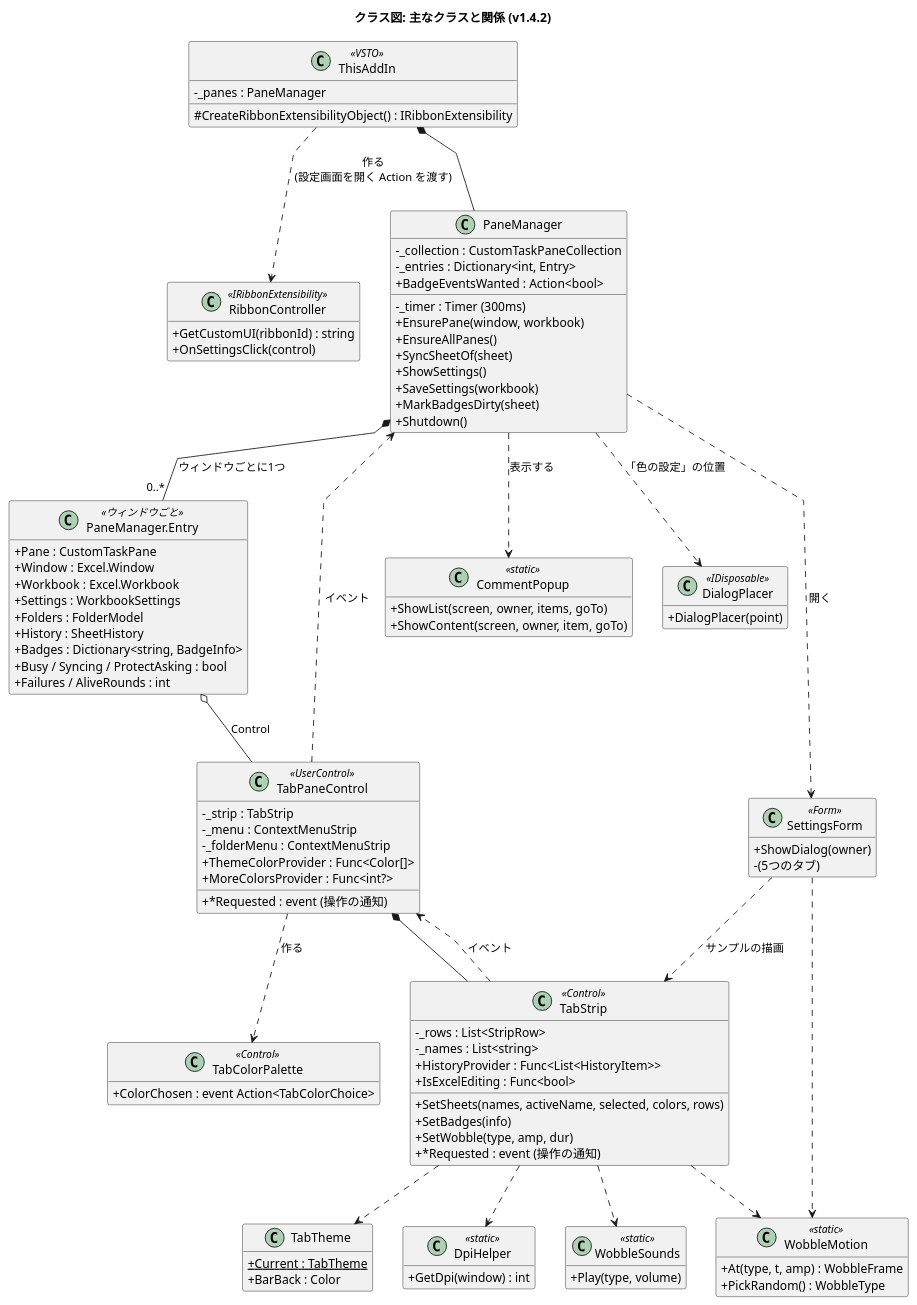
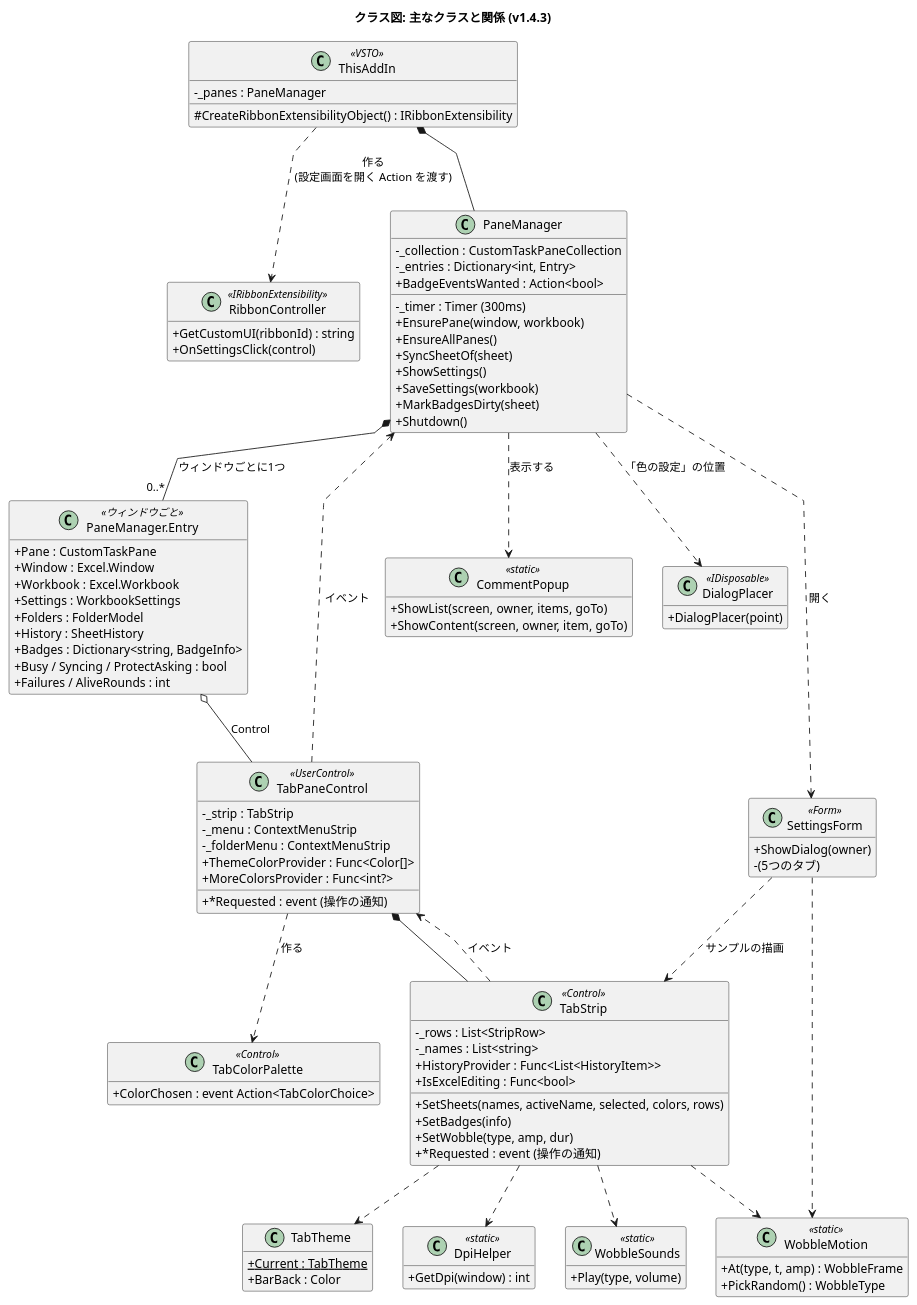
The diagram in docs/class-structure.puml (nk-taka623/VerticalSheetTabs), drawn with PlantUML before and after one commit. The commit also changed 14 other files, not shown here.

Commit message:
v1.4.3 にする (バージョン、README の変更点、設計図の版数)

```diff
--- a/docs/class-structure.puml
+++ b/docs/class-structure.puml
@@ -1,117 +1,117 @@
 @startuml
-title クラス図: 主なクラスと関係 (v1.4.2)
+title クラス図: 主なクラスと関係 (v1.4.3)
 skinparam shadowing false
 skinparam classAttributeIconSize 0
 skinparam linetype polyline
 hide empty members
 
 class ThisAddIn <<VSTO>> {
   -_panes : PaneManager
   #CreateRibbonExtensibilityObject() : IRibbonExtensibility
 }
 
 class RibbonController <<IRibbonExtensibility>> {
   +GetCustomUI(ribbonId) : string
   +OnSettingsClick(control)
 }
 
 class PaneManager {
   -_collection : CustomTaskPaneCollection
   -_entries : Dictionary<int, Entry>
   -_timer : Timer (300ms)
   +BadgeEventsWanted : Action<bool>
   +EnsurePane(window, workbook)
   +EnsureAllPanes()
   +SyncSheetOf(sheet)
   +ShowSettings()
   +SaveSettings(workbook)
   +MarkBadgesDirty(sheet)
   +Shutdown()
 }
 
 class "PaneManager.Entry" as Entry <<ウィンドウごと>> {
   +Pane : CustomTaskPane
   +Window : Excel.Window
   +Workbook : Excel.Workbook
   +Settings : WorkbookSettings
   +Folders : FolderModel
   +History : SheetHistory
   +Badges : Dictionary<string, BadgeInfo>
   +Busy / Syncing / ProtectAsking : bool
   +Failures / AliveRounds : int
 }
 
 class TabPaneControl <<UserControl>> {
   -_strip : TabStrip
   -_menu : ContextMenuStrip
   -_folderMenu : ContextMenuStrip
   +ThemeColorProvider : Func<Color[]>
   +MoreColorsProvider : Func<int?>
   +*Requested : event (操作の通知)
 }
 
 class TabStrip <<Control>> {
   -_rows : List<StripRow>
   -_names : List<string>
   +SetSheets(names, activeName, selected, colors, rows)
   +SetBadges(info)
   +SetWobble(type, amp, dur)
   +*Requested : event (操作の通知)
   +HistoryProvider : Func<List<HistoryItem>>
   +IsExcelEditing : Func<bool>
 }
 
 class TabColorPalette <<Control>> {
   +ColorChosen : event Action<TabColorChoice>
 }
 
 class SettingsForm <<Form>> {
   +ShowDialog(owner)
   -(5つのタブ)
 }
 
 class CommentPopup <<static>> {
   +ShowList(screen, owner, items, goTo)
   +ShowContent(screen, owner, item, goTo)
 }
 
 class DialogPlacer <<IDisposable>> {
   +DialogPlacer(point)
 }
 
 class TabTheme {
   +Current : TabTheme {static}
   +BarBack : Color
 }
 
 class DpiHelper <<static>> {
   +GetDpi(window) : int
 }
 
 class WobbleMotion <<static>> {
   +At(type, t, amp) : WobbleFrame
   +PickRandom() : WobbleType
 }
 
 class WobbleSounds <<static>> {
   +Play(type, volume)
 }
 
 ThisAddIn *-- PaneManager
 ThisAddIn ..> RibbonController : 作る\n(設定画面を開く Action を渡す)
 PaneManager *-- "0..*" Entry : ウィンドウごとに1つ
 Entry o-- TabPaneControl : Control
 TabPaneControl *-- TabStrip
 TabPaneControl ..> TabColorPalette : 作る
 TabStrip ..> TabPaneControl : イベント
 TabPaneControl ..> PaneManager : イベント
 PaneManager ..> SettingsForm : 開く
 PaneManager ..> CommentPopup : 表示する
 PaneManager ..> DialogPlacer : 「色の設定」の位置
 SettingsForm ..> TabStrip : サンプルの描画
 TabStrip ..> TabTheme
 TabStrip ..> DpiHelper
 TabStrip ..> WobbleMotion
 TabStrip ..> WobbleSounds
 SettingsForm ..> WobbleMotion
 @enduml
```
